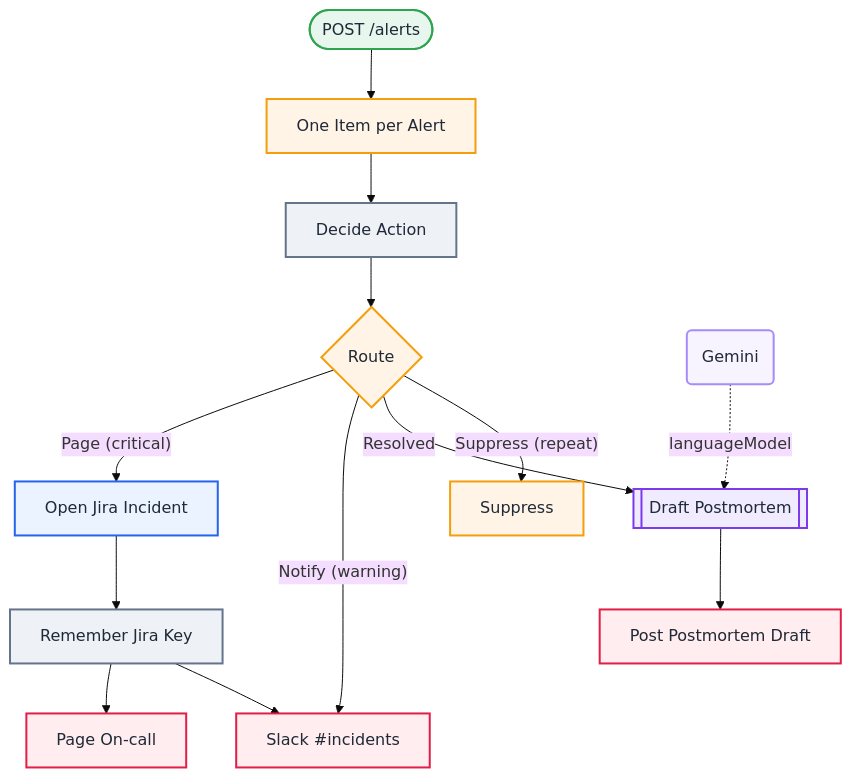
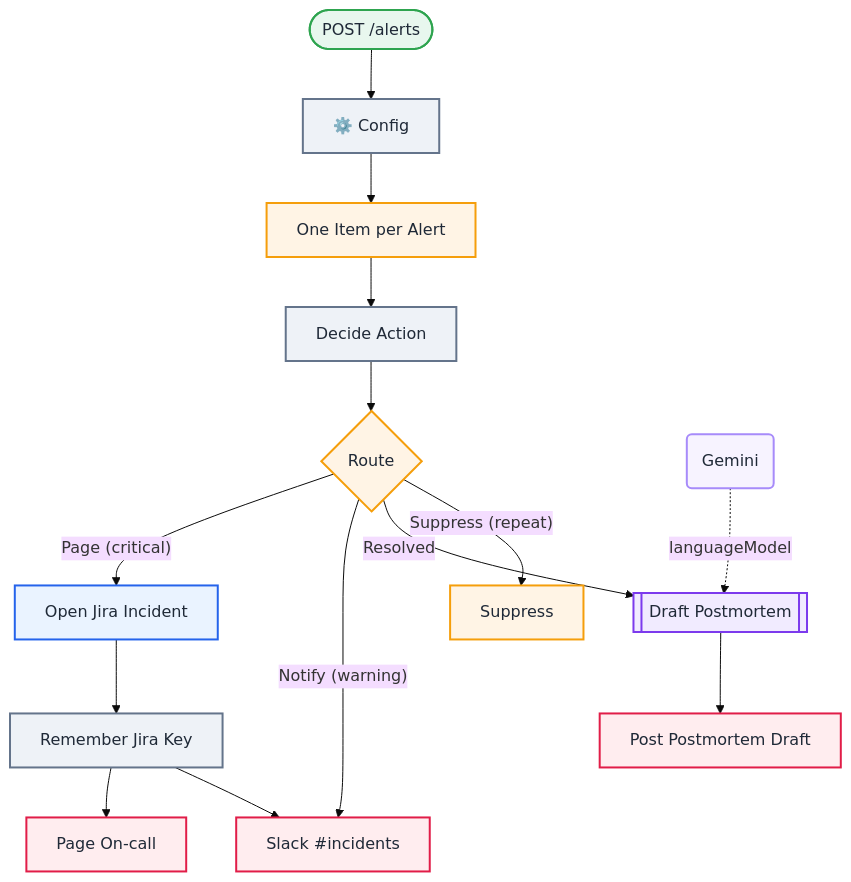
Before and after one commit to callme-siva/n8n-knowledge: the second of 2 diagrams in workflows/P03-incident-response-orchestrator/README.md, drawn with Mermaid (base theme). The commit also changed other lines of this file and 118 other files, not shown here.

````diff
--- a/workflows/P03-incident-response-orchestrator/README.md
+++ b/workflows/P03-incident-response-orchestrator/README.md
@@ -61,35 +61,37 @@
 ```mermaid
 flowchart TB
   n0(["POST /alerts"]):::trigger
-  n1["One Item per Alert"]:::logic
-  n2["Decide Action"]:::code
-  n3{"Route"}:::logic
-  n4["Open Jira Incident"]:::data
-  n5["Remember Jira Key"]:::code
-  n6["Page On-call"]:::msg
-  n7["Slack #incidents"]:::msg
-  n8["Suppress"]:::logic
-  n9[["Draft Postmortem"]]:::ai
-  n10("Gemini"):::sub
-  n11["Post Postmortem Draft"]:::msg
+  n1["⚙️ Config"]:::code
+  n2["One Item per Alert"]:::logic
+  n3["Decide Action"]:::code
+  n4{"Route"}:::logic
+  n5["Open Jira Incident"]:::data
+  n6["Remember Jira Key"]:::code
+  n7["Page On-call"]:::msg
+  n8["Slack #incidents"]:::msg
+  n9["Suppress"]:::logic
+  n10[["Draft Postmortem"]]:::ai
+  n11("Gemini"):::sub
+  n12["Post Postmortem Draft"]:::msg
   n0 --> n1
   n1 --> n2
   n2 --> n3
-  n3 -->|"Page (critical)"| n4
-  n3 -->|"Notify (warning)"| n7
-  n3 -->|"Resolved"| n9
-  n3 -->|"Suppress (repeat)"| n8
-  n4 --> n5
+  n3 --> n4
+  n4 -->|"Page (critical)"| n5
+  n4 -->|"Notify (warning)"| n8
+  n4 -->|"Resolved"| n10
+  n4 -->|"Suppress (repeat)"| n9
   n5 --> n6
-  n5 --> n7
-  n9 --> n11
-  n10 -.->|languageModel| n9
+  n6 --> n7
+  n6 --> n8
+  n10 --> n12
+  n11 -.->|languageModel| n10
   classDef trigger fill:#E8F7EE,stroke:#2EA44F,stroke-width:2px,color:#1F2937
   classDef ai fill:#F1EBFF,stroke:#7C3AED,stroke-width:2px,color:#1F2937
   classDef sub fill:#F7F3FF,stroke:#A78BFA,stroke-width:2px,color:#1F2937
   classDef logic fill:#FFF4E5,stroke:#F59E0B,stroke-width:2px,color:#1F2937
   classDef code fill:#EEF2F7,stroke:#64748B,stroke-width:2px,color:#1F2937
   classDef data fill:#EAF3FF,stroke:#2563EB,stroke-width:2px,color:#1F2937
   classDef http fill:#E6FAF8,stroke:#0D9488,stroke-width:2px,color:#1F2937
   classDef msg fill:#FFEDEF,stroke:#E11D48,stroke-width:2px,color:#1F2937
 ```
````
